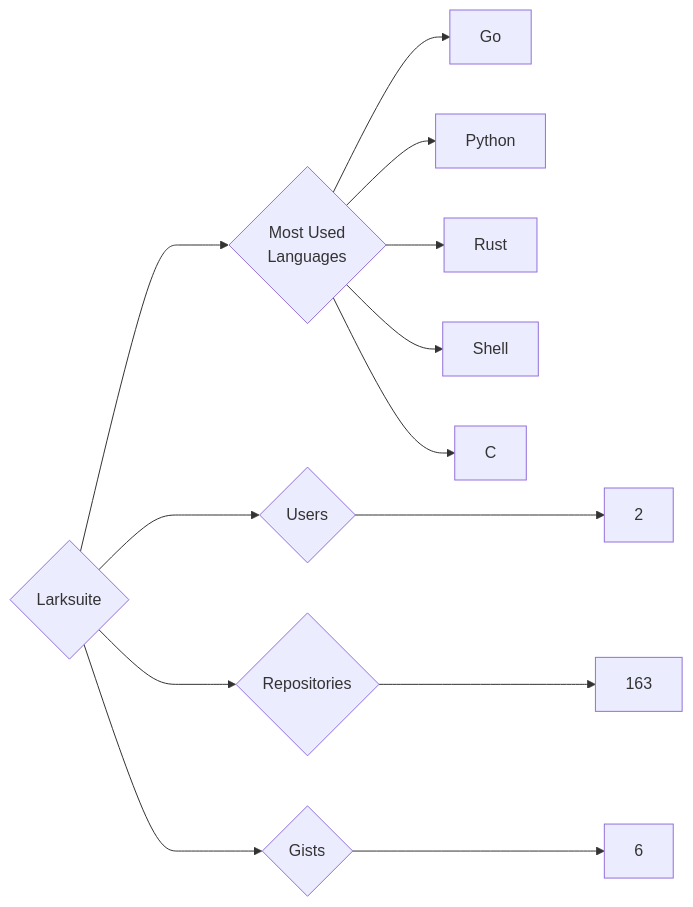
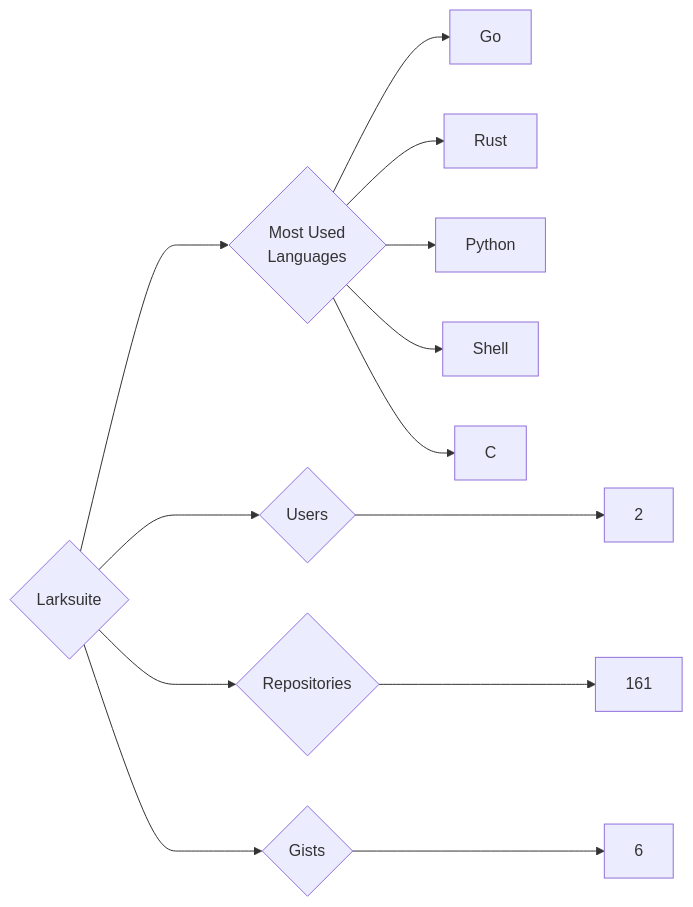
The diagram in targets/Larksuite/README.md (trickest/insiders), drawn with Mermaid before and after one commit. The commit also changed 809 other files, not shown here.

````diff
--- a/targets/Larksuite/README.md
+++ b/targets/Larksuite/README.md
@@ -3,13 +3,13 @@
 ```mermaid
 graph LR
 COMPANY_NAME{Larksuite}
 COMPANY_NAME ---> U{Users} ---> UN[2]
-COMPANY_NAME ---> R{Repositories} ---> RN[163]
+COMPANY_NAME ---> R{Repositories} ---> RN[161]
 COMPANY_NAME ---> G{Gists} ---> GN[6]
 COMPANY_NAME ---> ML{Most Used<br>Languages}
 ML --> Go[Go]
+ML --> Rust[Rust]
 ML --> Python[Python]
-ML --> Rust[Rust]
 ML --> Shell[Shell]
 ML --> C[C]
 ```
````
